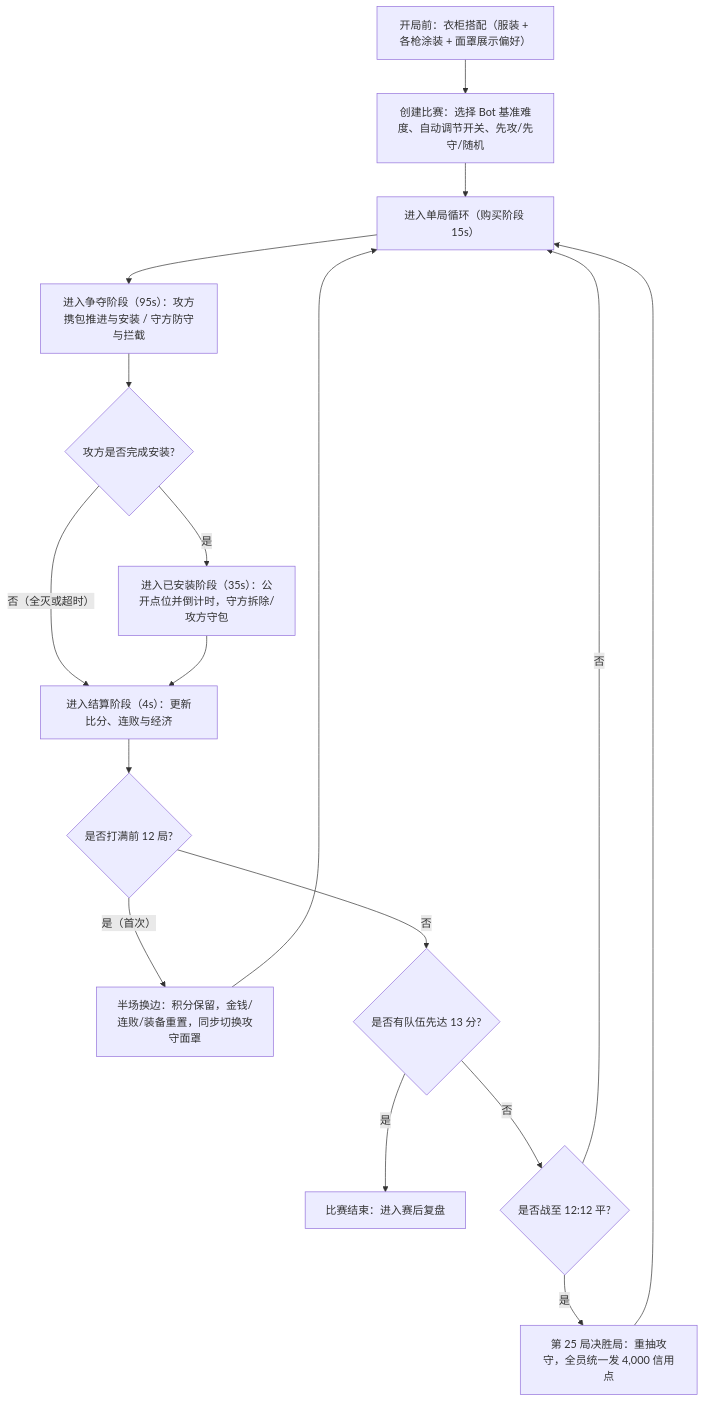
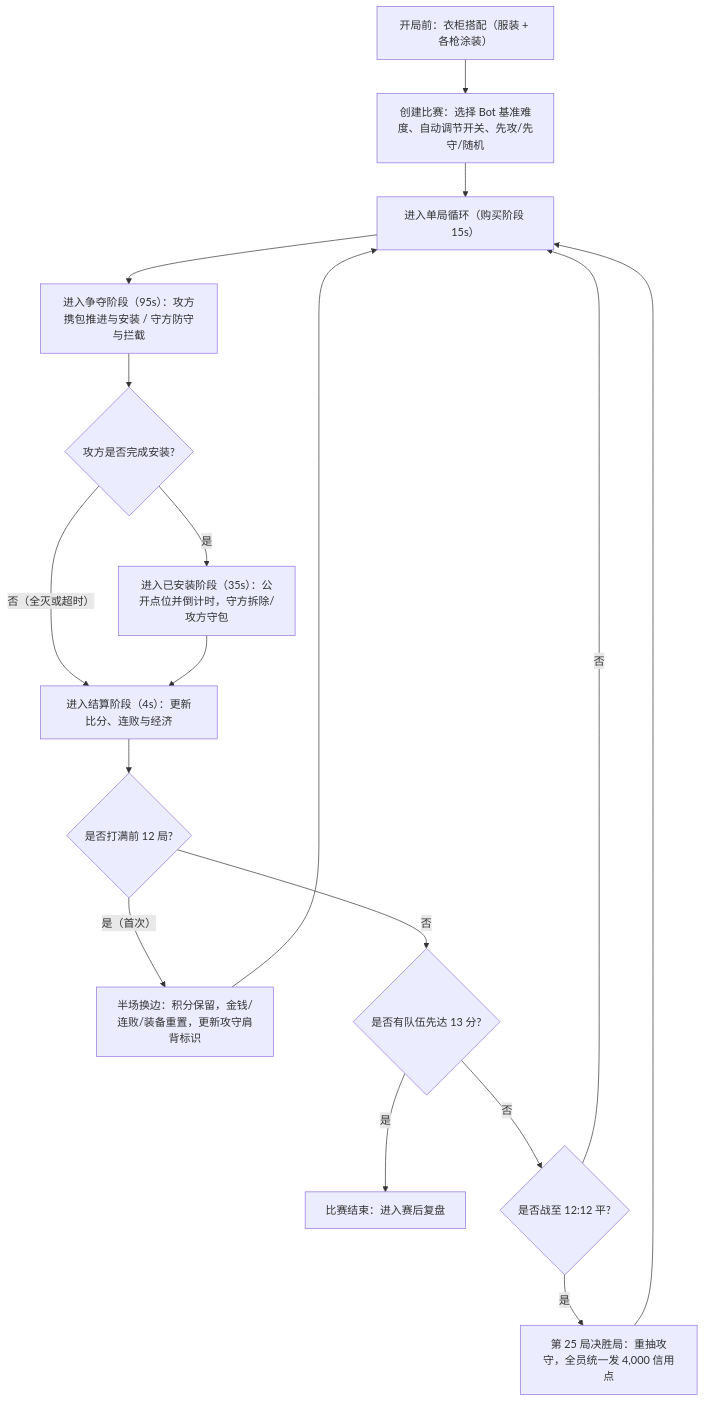
One commit to KAYUKI-one/AnimeCS changed the diagram in Design/README.md. Above: the diagram before and after it, drawn with Mermaid. The commit also changed other lines of this file and 2606 other files, not shown here.

````diff
--- a/Design/README.md
+++ b/Design/README.md
@@ -19,19 +19,19 @@
 ```mermaid
 flowchart TD
-    A["开局前：衣柜搭配（服装 + 各枪涂装 + 面罩展示偏好）"] --> B["创建比赛：选择 Bot 基准难度、自动调节开关、先攻/先守/随机"]
+    A["开局前：衣柜搭配（服装 + 各枪涂装）"] --> B["创建比赛：选择 Bot 基准难度、自动调节开关、先攻/先守/随机"]
     B --> C["进入单局循环（购买阶段 15s）"]
     C --> D["进入争夺阶段（95s）：攻方携包推进与安装 / 守方防守与拦截"]
     D --> E{"攻方是否完成安装?"}
     E -- "否（全灭或超时）" --> G["进入结算阶段（4s）：更新比分、连败与经济"]
     E -- "是" --> F["进入已安装阶段（35s）：公开点位并倒计时，守方拆除/攻方守包"]
     F --> G
     G --> H{"是否打满前 12 局?"}
-    H -- "是（首次）" --> I["半场换边：积分保留，金钱/连败/装备重置，同步切换攻守面罩"]
+    H -- "是（首次）" --> I["半场换边：积分保留，金钱/连败/装备重置，更新攻守肩背标识"]
     I --> C
     H -- "否" --> J{"是否有队伍先达 13 分?"}
     J -- "是" --> M["比赛结束：进入赛后复盘"]
     J -- "否" --> K{"是否战至 12:12 平?"}
     K -- "否" --> C
     K -- "是" --> L["第 25 局决胜局：重抽攻守，全员统一发 4,000 信用点"]
     L --> C
 ```
````
